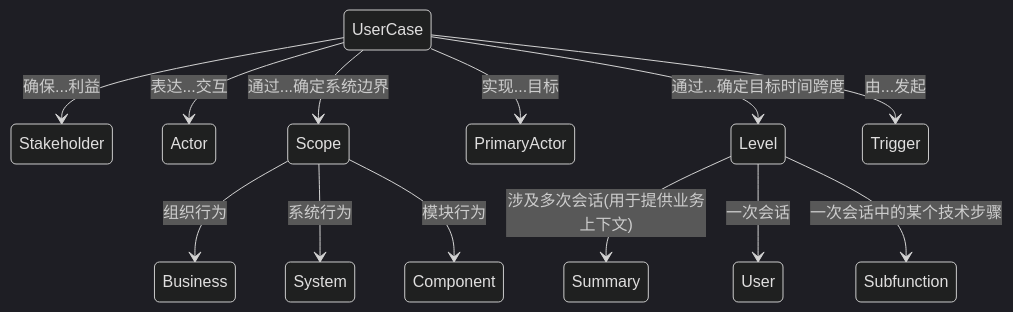
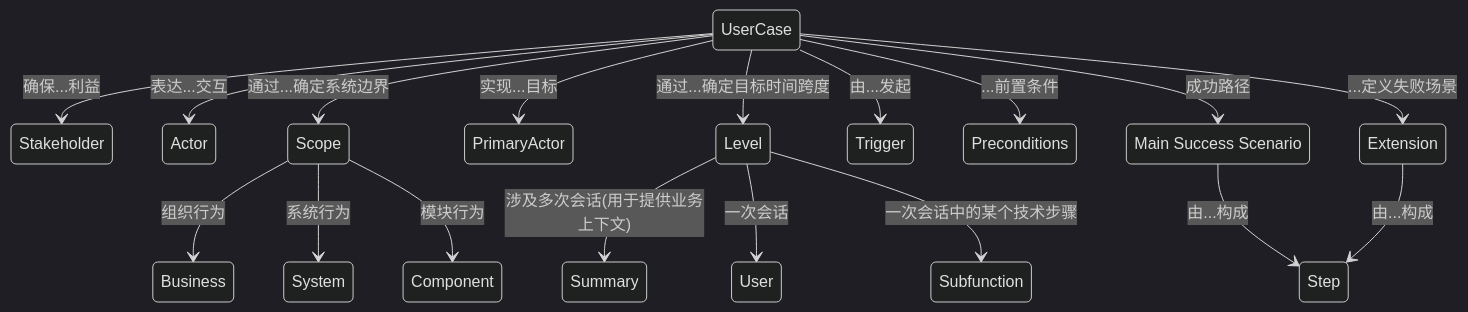
The diagram in wiki/sources/Use Case concept graph.md (zjykzk/blog), drawn with Mermaid (dark theme) before and after one commit. The commit also changed 238 other files, not shown here.

````diff
--- a/wiki/sources/Use Case concept graph.md
+++ b/wiki/sources/Use Case concept graph.md
@@ -29,18 +29,23 @@
 ```mermaid
 stateDiagram-v2
 	UserCase --> Stakeholder: 确保...利益
 	UserCase --> Actor: 表达...交互
 	UserCase --> Scope: 通过...确定系统边界
 	UserCase --> PrimaryActor: 实现...目标
 	UserCase --> Level: 通过...确定目标时间跨度
-	
 	UserCase --> Trigger: 由...发起
+	UserCase --> Preconditions: ...前置条件
+	mss: Main Success Scenario
+	UserCase --> mss: 成功路径
+	UserCase --> Extension: ...定义失败场景
+	mss --> Step: 由...构成
+	Extension --> Step: 由...构成
 	
 	Scope --> Business: 组织行为
 	Scope --> System: 系统行为
 	Scope --> Component: 模块行为
 	
 	Level --> Summary: 涉及多次会话(用于提供业务上下文)
 	Level --> User: 一次会话
 	Level --> Subfunction: 一次会话中的某个技术步骤
 ```
````
